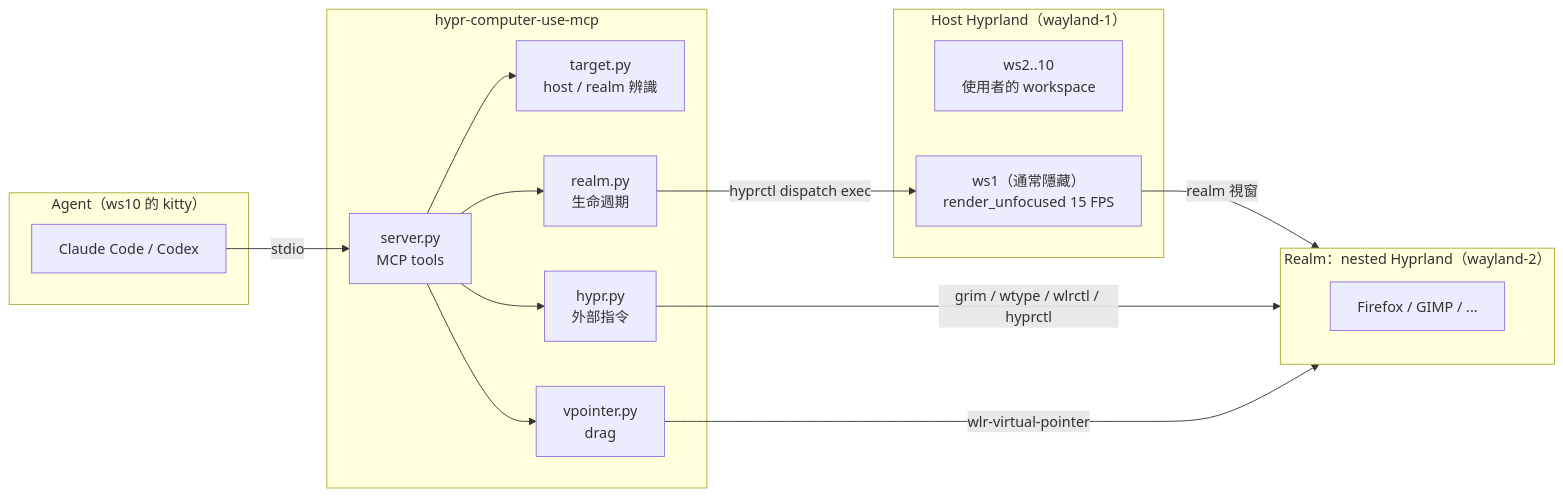
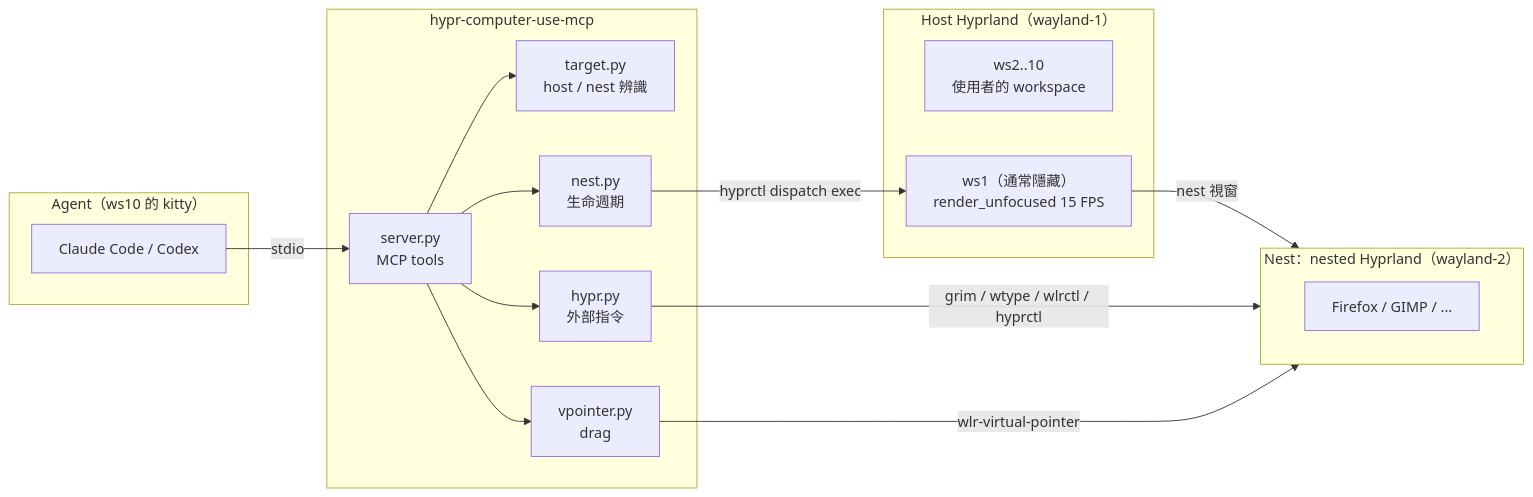
One commit to jason9075/hypr-computer-use-mcp changed the first of 2 diagrams in docs/architecture.md. Above: the diagram before and after it, drawn with Mermaid. The commit also changed other lines of this file and 14 other files, not shown here.

First line of the commit message:
refactor!: rename "realm" to "nest"

````diff
--- a/docs/architecture.md
+++ b/docs/architecture.md
@@ -5,27 +5,27 @@
 ```mermaid
 flowchart LR
   subgraph agent["Agent（ws10 的 kitty）"]
     CC[Claude Code / Codex]
   end
   subgraph server["hypr-computer-use-mcp"]
     S[server.py<br/>MCP tools]
-    T[target.py<br/>host / realm 辨識]
-    R[realm.py<br/>生命週期]
+    T[target.py<br/>host / nest 辨識]
+    R[nest.py<br/>生命週期]
     H[hypr.py<br/>外部指令]
     V[vpointer.py<br/>drag]
   end
   subgraph host["Host Hyprland（wayland-1）"]
     HDMI[ws2..10<br/>使用者的 workspace]
     WS1[ws1（通常隱藏）<br/>render_unfocused 15 FPS]
   end
-  subgraph realm["Realm：nested Hyprland（wayland-2）"]
+  subgraph nest["Nest：nested Hyprland（wayland-2）"]
     APP[Firefox / GIMP / ...]
   end
 
   CC -- stdio --> S
   S --> T & R & H & V
   R -- hyprctl dispatch exec --> WS1
-  WS1 -- realm 視窗 --> realm
-  H -- grim / wtype / wlrctl / hyprctl --> realm
-  V -- wlr-virtual-pointer --> realm
+  WS1 -- nest 視窗 --> nest
+  H -- grim / wtype / wlrctl / hyprctl --> nest
+  V -- wlr-virtual-pointer --> nest
 ```
````
